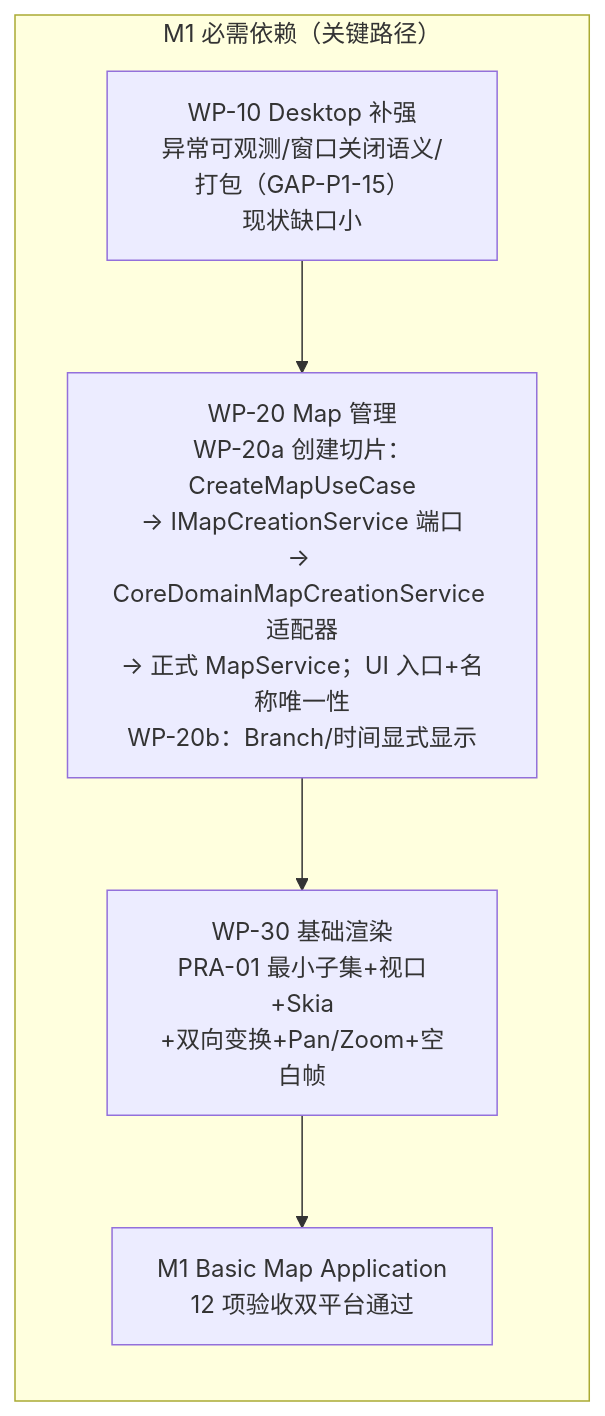
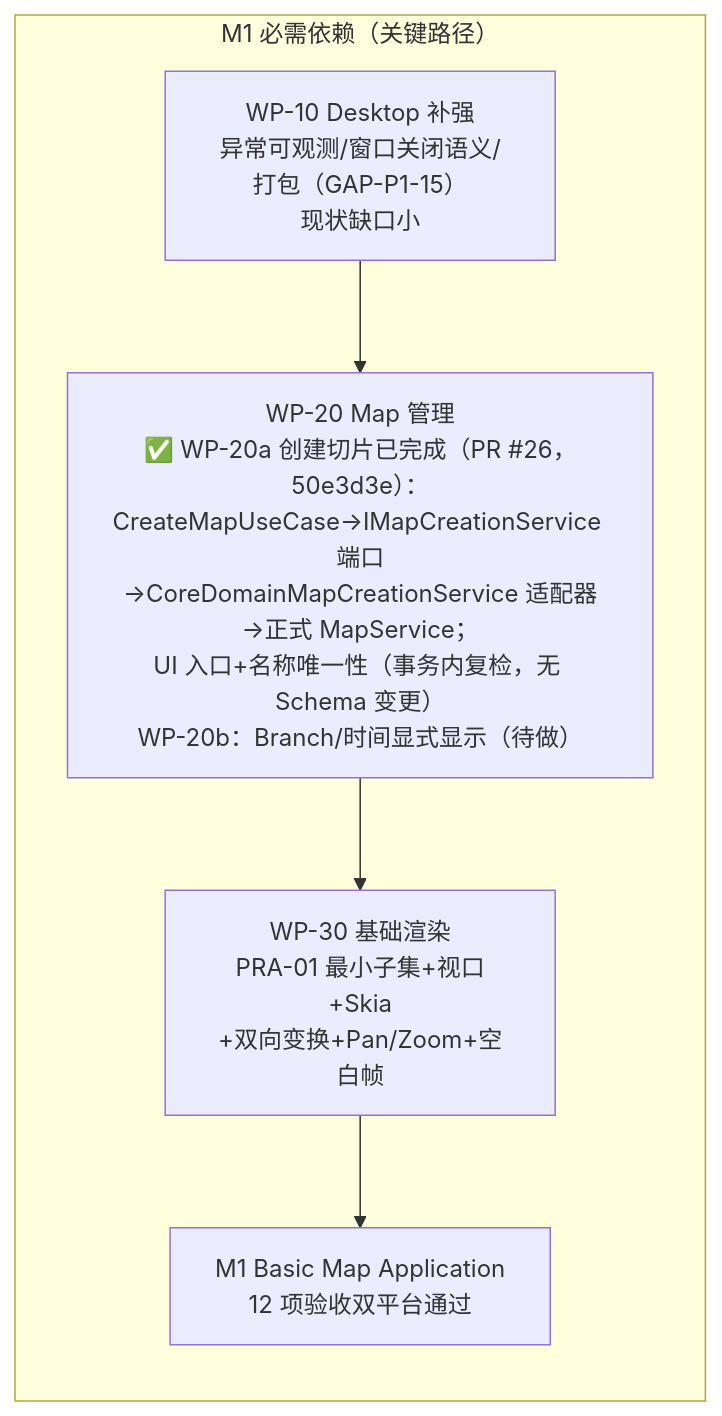
The second of 3 diagrams in docs/implementation/wp-00-inventory/IMPLEMENTATION_DEPENDENCY_GRAPH.md (luqizheng/worldview), drawn with Mermaid before and after one commit. The commit also changed other lines of this file and 6 other files, not shown here.

````diff
--- a/docs/implementation/wp-00-inventory/IMPLEMENTATION_DEPENDENCY_GRAPH.md
+++ b/docs/implementation/wp-00-inventory/IMPLEMENTATION_DEPENDENCY_GRAPH.md
@@ -37,10 +37,10 @@
 ```mermaid
 graph LR
     subgraph M1Path["M1 必需依赖（关键路径）"]
         WP10["WP-10 Desktop 补强<br/>异常可观测/窗口关闭语义/打包（GAP-P1-15）<br/>现状缺口小"]
-        WP20["WP-20 Map 管理<br/>WP-20a 创建切片：CreateMapUseCase<br/>→ IMapCreationService 端口<br/>→ CoreDomainMapCreationService 适配器<br/>→ 正式 MapService；UI 入口+名称唯一性<br/>WP-20b：Branch/时间显式显示"]
+        WP20["WP-20 Map 管理<br/>✅ WP-20a 创建切片已完成（PR #26，50e3d3e）：<br/>CreateMapUseCase→IMapCreationService 端口<br/>→CoreDomainMapCreationService 适配器→正式 MapService；<br/>UI 入口+名称唯一性（事务内复检，无 Schema 变更）<br/>WP-20b：Branch/时间显式显示（待做）"]
         WP30["WP-30 基础渲染<br/>PRA-01 最小子集+视口+Skia<br/>+双向变换+Pan/Zoom+空白帧"]
         M1["M1 Basic Map Application<br/>12 项验收双平台通过"]
         WP10 --> WP20 --> WP30 --> M1
     end
 ```
````
